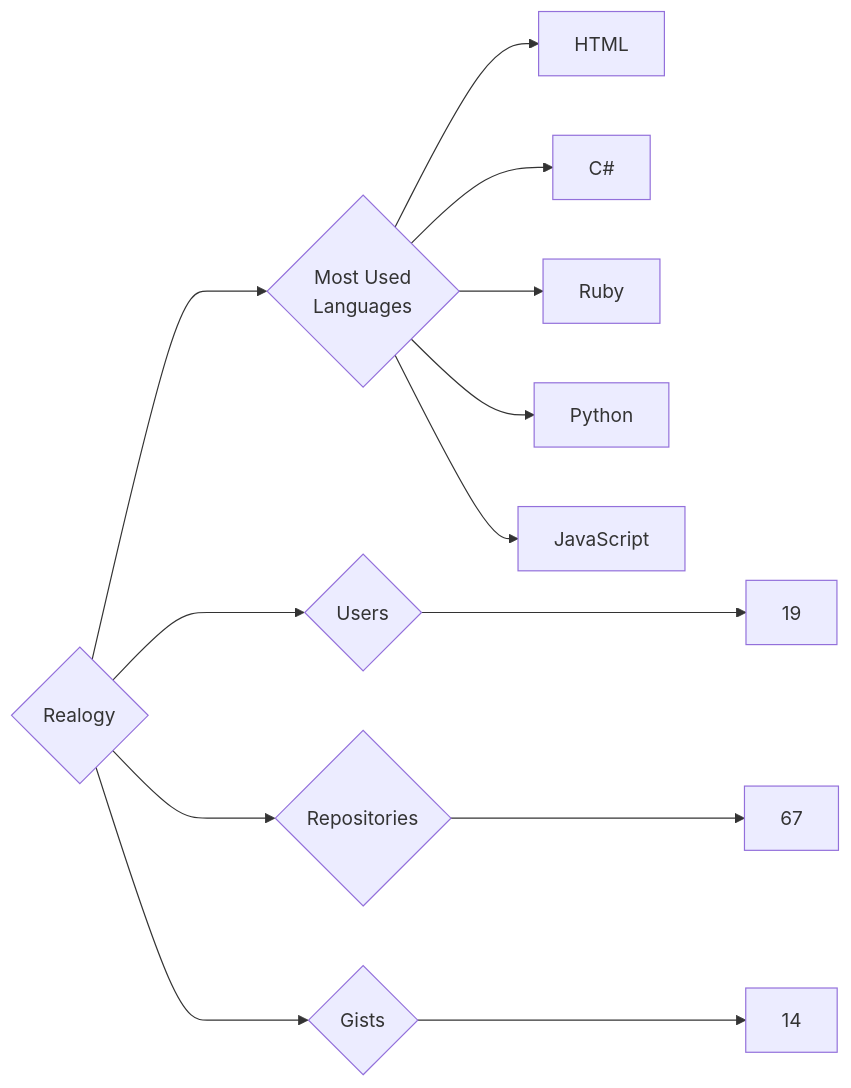
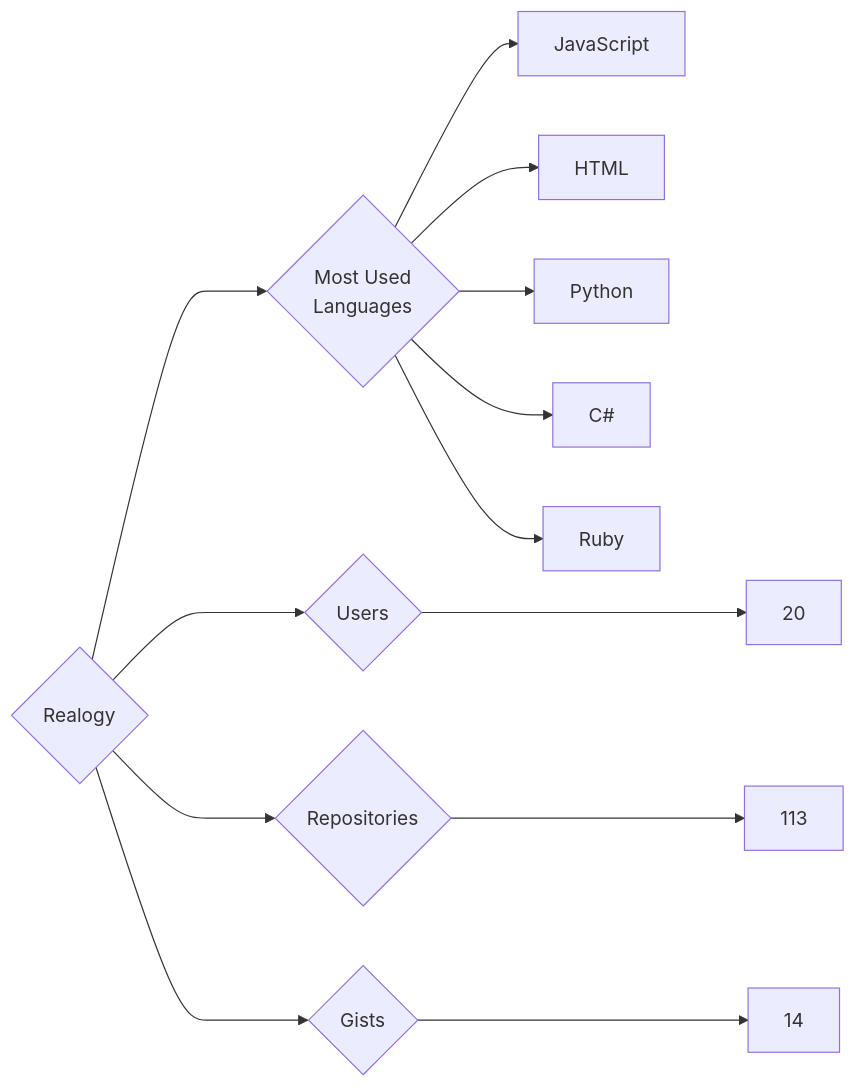
One commit to trickest/insiders changed the diagram in targets/Realogy/README.md. Above: the diagram before and after it, drawn with Mermaid. The commit also changed 725 other files, not shown here.

````diff
--- a/targets/Realogy/README.md
+++ b/targets/Realogy/README.md
@@ -3,13 +3,13 @@
 ```mermaid
 graph LR
 COMPANY_NAME{Realogy}
-COMPANY_NAME ---> U{Users} ---> UN[19]
-COMPANY_NAME ---> R{Repositories} ---> RN[67]
+COMPANY_NAME ---> U{Users} ---> UN[20]
+COMPANY_NAME ---> R{Repositories} ---> RN[113]
 COMPANY_NAME ---> G{Gists} ---> GN[14]
 COMPANY_NAME ---> ML{Most Used<br>Languages}
+ML --> JavaScript[JavaScript]
 ML --> HTML[HTML]
+ML --> Python[Python]
 ML --> C#[C#]
 ML --> Ruby[Ruby]
-ML --> Python[Python]
-ML --> JavaScript[JavaScript]
 ```
````
